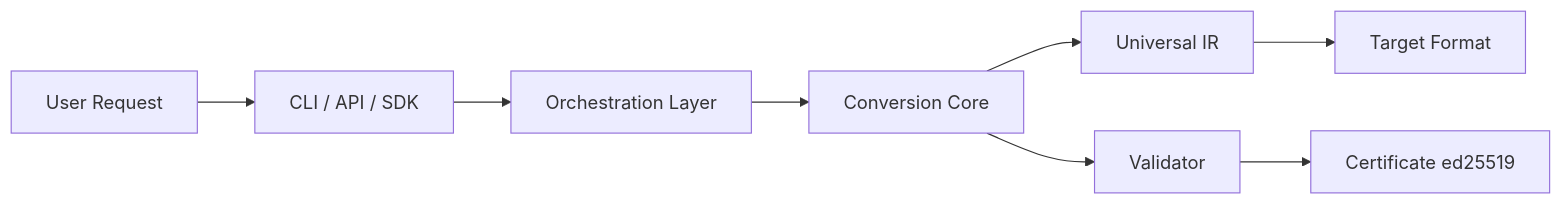
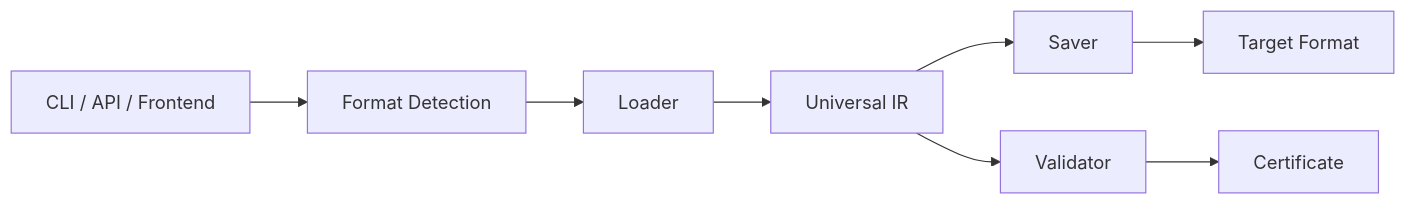
One commit to rustnew/UMC changed the first of 2 diagrams in README.md. Above: the diagram before and after it, drawn with Mermaid. The commit also changed other lines of this file, not shown here.

Commit message:
docs(readme): rewrite README with verified facts (12 formats, real CLI/API)

````diff
--- a/README.md
+++ b/README.md
@@ -108,10 +187,10 @@
 ```mermaid
 flowchart LR
-    A[User Request] --> B[CLI / API / SDK]
-    B --> C[Orchestration Layer]
-    C --> D[Conversion Core]
-    D --> E[Universal IR]
+    A[CLI / API / Frontend] --> B[Format Detection]
+    B --> C[Loader]
+    C --> D[Universal IR]
+    D --> E[Saver]
     E --> F[Target Format]
     D --> G[Validator]
-    G --> H[Certificate ed25519]
+    G --> H[Certificate]
 ```
````
